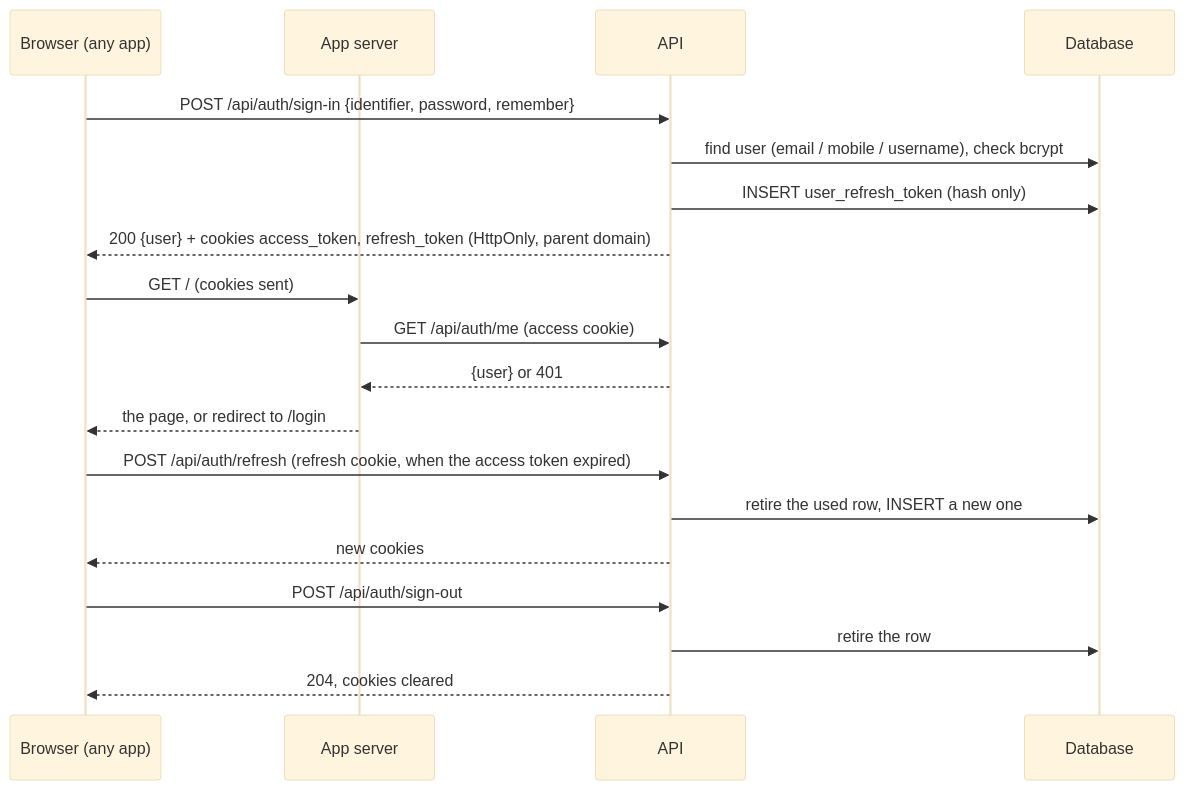
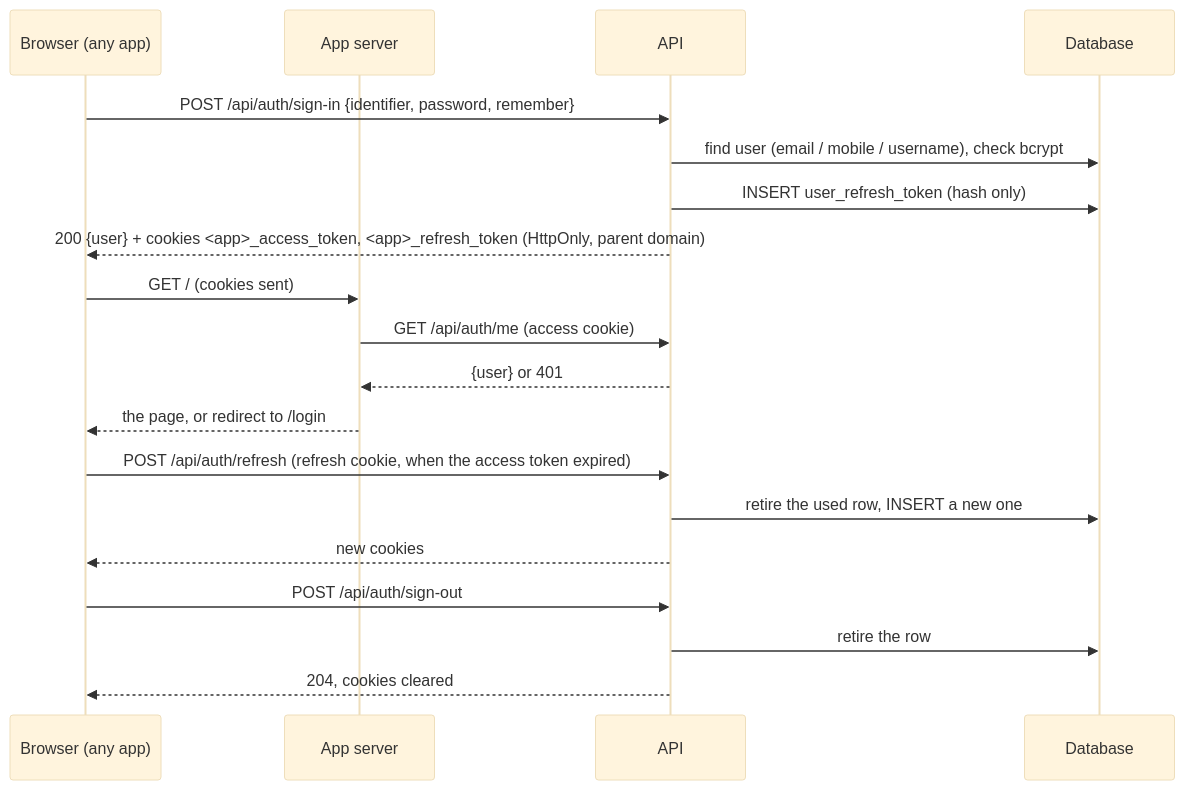
One commit to ANSHI233231/workshop_witw_nodejs-nextjs changed the diagram in docs/how-it-works/modules/auth/README.md. Above: the diagram before and after it, drawn with Mermaid (base theme). The commit also changed other lines of this file and 210 other files, not shown here.

````diff
--- a/docs/how-it-works/modules/auth/README.md
+++ b/docs/how-it-works/modules/auth/README.md
@@ -11,21 +11,21 @@
 ```mermaid
 sequenceDiagram
   participant B as Browser (any app)
   participant M as App server
   participant A as API
   participant D as Database
   B->>A: POST /api/auth/sign-in {identifier, password, remember}
   A->>D: find user (email / mobile / username), check bcrypt
   A->>D: INSERT user_refresh_token (hash only)
-  A-->>B: 200 {user} + cookies access_token, refresh_token (HttpOnly, parent domain)
+  A-->>B: 200 {user} + cookies <app>_access_token, <app>_refresh_token (HttpOnly, parent domain)
   B->>M: GET / (cookies sent)
   M->>A: GET /api/auth/me (access cookie)
   A-->>M: {user} or 401
   M-->>B: the page, or redirect to /login
   B->>A: POST /api/auth/refresh (refresh cookie, when the access token expired)
   A->>D: retire the used row, INSERT a new one
   A-->>B: new cookies
   B->>A: POST /api/auth/sign-out
   A->>D: retire the row
   A-->>B: 204, cookies cleared
 ```
````
